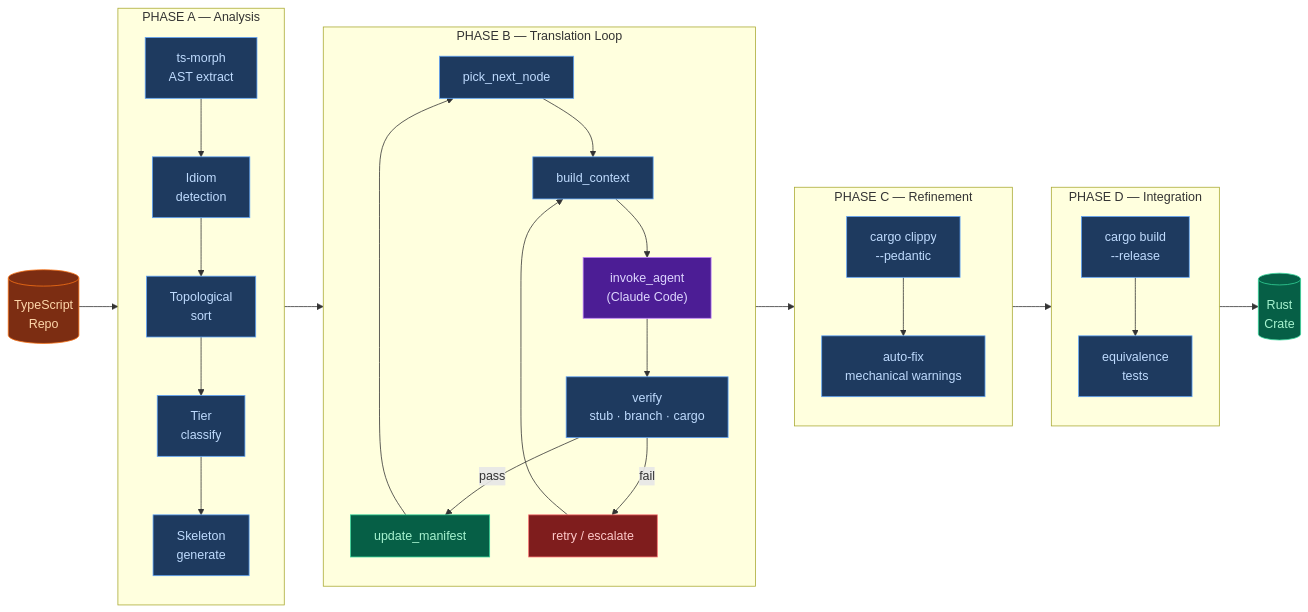
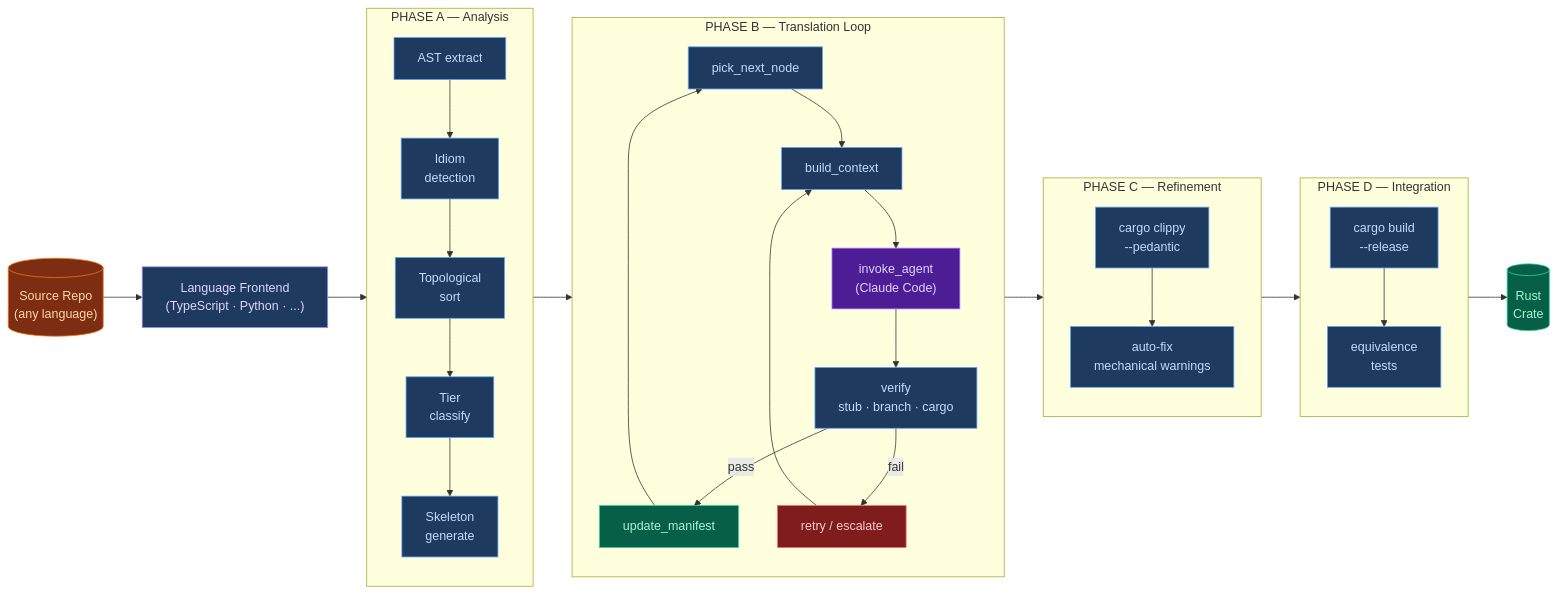
Before and after one commit to ByteBard97/oxidant: the diagram in docs/pages/index.md, drawn with Mermaid. The commit also changed other lines of this file and 3 other files, not shown here.

First line of the commit message:
docs: update site for plugin-based language frontend architecture

````diff
--- a/docs/pages/index.md
+++ b/docs/pages/index.md
@@ -24,49 +26,52 @@
 ```mermaid
 flowchart LR
-    ts[("TypeScript<br>Repo")]:::db
+    src[("Source Repo<br>(any language)")]:::db
+    frontend["Language Frontend<br>(TypeScript · Python · ...)"]:::plugin
 
     subgraph phaseA ["PHASE A — Analysis"]
         direction TB
-        ast["ts-morph<br>AST extract"]:::process --> idiom["Idiom<br>detection"]:::process
+        ast["AST extract"]:::process --> idiom["Idiom<br>detection"]:::process
         idiom --> topo["Topological<br>sort"]:::process
         topo --> tier["Tier<br>classify"]:::process
         tier --> skel["Skeleton<br>generate"]:::process
     end
 
     subgraph phaseB ["PHASE B — Translation Loop"]
         direction TB
         pick["pick_next_node"]:::process --> ctx["build_context"]:::process
         ctx --> agent["invoke_agent<br>(Claude Code)"]:::ai
         agent --> ver["verify<br>stub · branch · cargo"]:::process
         ver -->|pass| upd["update_manifest"]:::success
         ver -->|fail| retry["retry / escalate"]:::error
         retry --> ctx
         upd --> pick
     end
 
     subgraph phaseC ["PHASE C — Refinement"]
         direction TB
         clippy["cargo clippy<br>--pedantic"]:::process
         clippy --> fixes["auto-fix<br>mechanical warnings"]:::process
     end
 
     subgraph phaseD ["PHASE D — Integration"]
         direction TB
         cbuild["cargo build<br>--release"]:::process
         cbuild --> equiv["equivalence<br>tests"]:::process
     end
 
     rs[("Rust<br>Crate")]:::success
 
-    ts --> phaseA
+    src --> frontend
+    frontend --> phaseA
     phaseA --> phaseB
     phaseB --> phaseC
     phaseC --> phaseD
     phaseD --> rs
 
+    classDef plugin  fill:#1e3a5f,stroke:#a78bfa,color:#ddd6fe
     classDef db      fill:#7c2d12,stroke:#f97316,color:#fed7aa
     classDef process fill:#1e3a5f,stroke:#60a5fa,color:#bfdbfe
     classDef ai      fill:#4c1d95,stroke:#c084fc,color:#ddd6fe
     classDef success fill:#065f46,stroke:#34d399,color:#a7f3d0
     classDef error   fill:#7f1d1d,stroke:#f87171,color:#fecaca
 ```
````
